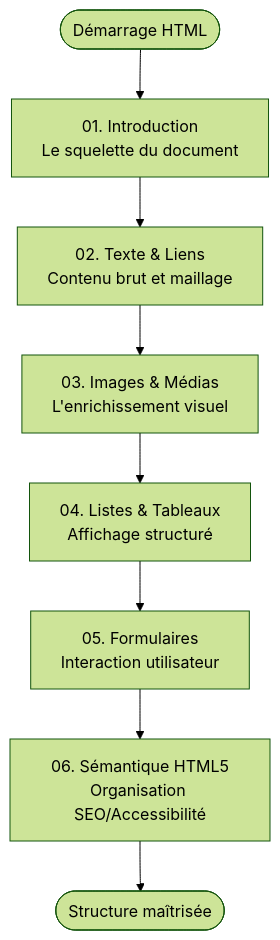
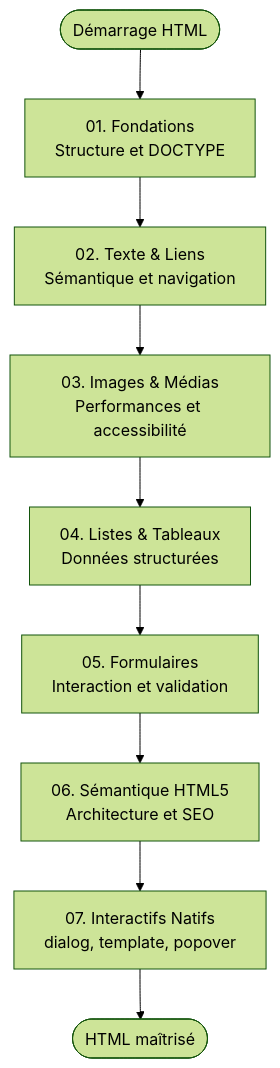
The diagram in docs/dev-cloud/lang/html/index.md (zyrass/omnydocs), drawn with Mermaid (forest theme) before and after one commit. The commit also changed other lines of this file and 765 other files, not shown here.

````diff
--- a/docs/dev-cloud/lang/html/index.md
+++ b/docs/dev-cloud/lang/html/index.md
@@ -89,14 +99,16 @@
 ```mermaid
 flowchart TB
-  Start([Démarrage HTML])
+    Start([Démarrage HTML])
 
-  Intro["01. Introduction<br/>Le squelette du document"]
-  Text["02. Texte & Liens<br/>Contenu brut et maillage"]
-  Img["03. Images & Médias<br/>L'enrichissement visuel"]
-  Data["04. Listes & Tableaux<br/>Affichage structuré"]
-  Form["05. Formulaires<br/>Interaction utilisateur"]
-  Sem["06. Sémantique HTML5<br/>Organisation SEO/Accessibilité"]
-  End([Structure maîtrisée])
+    M01["01. Fondations<br/>Structure et DOCTYPE"]
+    M02["02. Texte & Liens<br/>Sémantique et navigation"]
+    M03["03. Images & Médias<br/>Performances et accessibilité"]
+    M04["04. Listes & Tableaux<br/>Données structurées"]
+    M05["05. Formulaires<br/>Interaction et validation"]
+    M06["06. Sémantique HTML5<br/>Architecture et SEO"]
+    M07["07. Interactifs Natifs<br/>dialog, template, popover"]
 
-  Start --> Intro --> Text --> Img --> Data --> Form --> Sem --> End
+    End([HTML maîtrisé])
+
+    Start --> M01 --> M02 --> M03 --> M04 --> M05 --> M06 --> M07 --> End
 ```
````
